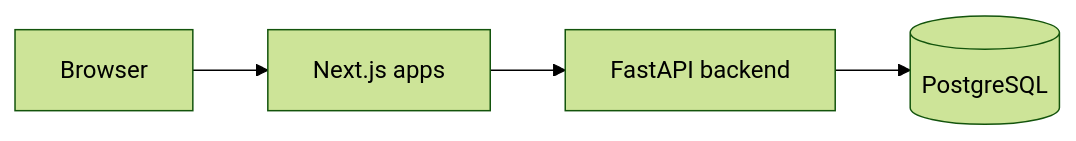
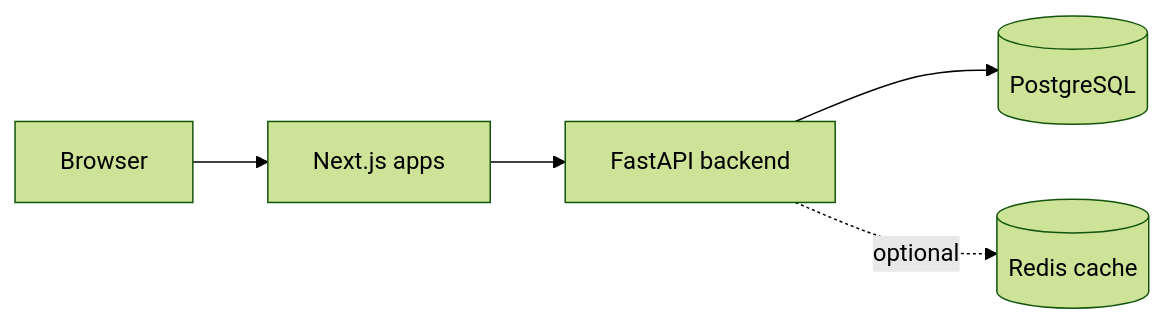
Before and after one commit to KouGyoKui1128/duole-ai-blog: the first of 3 diagrams in docs/ARCHITECTURE.md, drawn with Mermaid (forest theme). The commit also changed other lines of this file and 36 other files, not shown here.

````diff
--- a/docs/ARCHITECTURE.md
+++ b/docs/ARCHITECTURE.md
@@ -11,6 +11,7 @@
 ```mermaid
 flowchart LR
     U[Browser] --> F[Next.js apps]
     F --> B[FastAPI backend]
     B --> D[(PostgreSQL)]
+    B -. optional .-> R[(Redis cache)]
 ```
````
